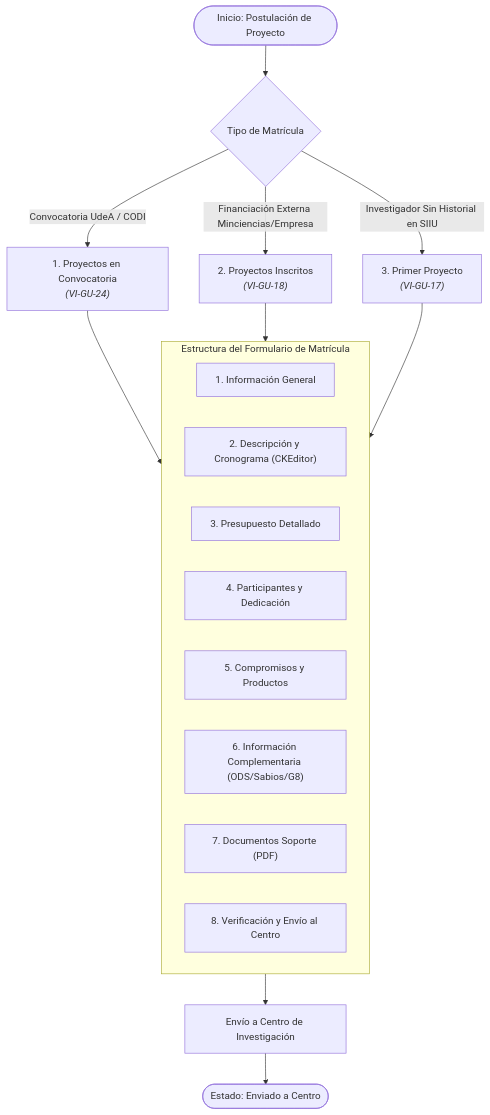
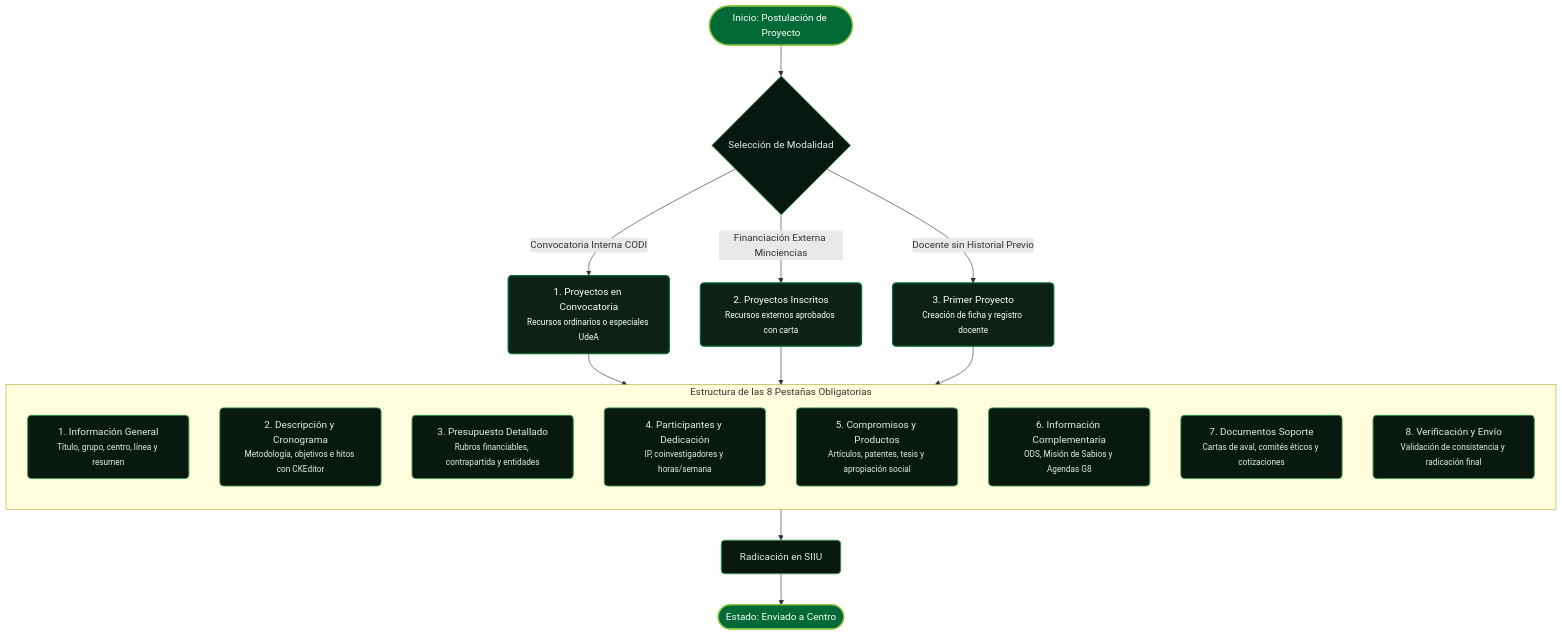
Before and after one commit to Colors-svg/Wiki: the first of 2 diagrams in wiki/02_PROCESOS_CLAVE/Matricula_Proyectos.md, drawn with Mermaid. The commit also changed other lines of this file and 88 other files, not shown here.

````diff
--- a/wiki/02_PROCESOS_CLAVE/Matricula_Proyectos.md
+++ b/wiki/02_PROCESOS_CLAVE/Matricula_Proyectos.md
@@ -5,26 +15,33 @@
 ```mermaid
 flowchart TD
-    START(["Inicio: Postulación de Proyecto"]) --> TIPO{"Tipo de Matrícula"}
+    classDef inicio fill:#026937,stroke:#8DC63F,stroke-width:2px,color:#FFFFFF,rx:8px,ry:8px;
+    classDef decision fill:#081810,stroke:#35944B,stroke-width:1.5px,color:#E1EFE6,rx:6px,ry:6px;
+    classDef tipo fill:#0D2115,stroke:#026937,stroke-width:2px,color:#FFFFFF,rx:6px,ry:6px;
+    classDef pestana fill:#091910,stroke:#35944B,stroke-width:1.5px,color:#E1EFE6,rx:6px,ry:6px;
+    classDef final fill:#026937,stroke:#8DC63F,stroke-width:2px,color:#FFFFFF,rx:8px,ry:8px;
+
+    START(["Inicio: Postulación de Proyecto"]):::inicio --> TIPO{"Selección de Modalidad"}:::decision
     
-    TIPO -->|Convocatoria UdeA / CODI| CONV["1. Proyectos en Convocatoria<br><i>(VI-GU-24)</i>"]
-    TIPO -->|Financiación Externa Minciencias/Empresa| INS["2. Proyectos Inscritos<br><i>(VI-GU-18)</i>"]
-    TIPO -->|Investigador Sin Historial en SIIU| PRIM["3. Primer Proyecto<br><i>(VI-GU-17)</i>"]
+    TIPO -->|Convocatoria Interna CODI| CONV["1. Proyectos en Convocatoria<br><small>Recursos ordinarios o especiales UdeA</small>"]:::tipo
+    TIPO -->|Financiación Externa Minciencias| INS["2. Proyectos Inscritos<br><small>Recursos externos aprobados con carta</small>"]:::tipo
+    TIPO -->|Docente sin Historial Previo| PRIM["3. Primer Proyecto<br><small>Creación de ficha y registro docente</small>"]:::tipo
 
-    CONV --> PESTANAS["Diligenciamiento de 8 Pestañas Obligatorias"]
+    subgraph PESTANAS ["Estructura de las 8 Pestañas Obligatorias"]
+        direction TB
+        P1["1. Información General<br><small>Título, grupo, centro, línea y resumen</small>"]:::pestana
+        P2["2. Descripción y Cronograma<br><small>Metodología, objetivos e hitos con CKEditor</small>"]:::pestana
+        P3["3. Presupuesto Detallado<br><small>Rubros financiables, contrapartida y entidades</small>"]:::pestana
+        P4["4. Participantes y Dedicación<br><small>IP, coinvestigadores y horas/semana</small>"]:::pestana
+        P5["5. Compromisos y Productos<br><small>Artículos, patentes, tesis y apropiación social</small>"]:::pestana
+        P6["6. Información Complementaria<br><small>ODS, Misión de Sabios y Agendas G8</small>"]:::pestana
+        P7["7. Documentos Soporte<br><small>Cartas de aval, comités éticos y cotizaciones</small>"]:::pestana
+        P8["8. Verificación y Envío<br><small>Validación de consistencia y radicación final</small>"]:::pestana
+    end
+
+    CONV --> PESTANAS
     INS --> PESTANAS
     PRIM --> PESTANAS
 
-    subgraph PESTANAS["Estructura del Formulario de Matrícula"]
-        P1["1. Información General"]
-        P2["2. Descripción y Cronograma (CKEditor)"]
-        P3["3. Presupuesto Detallado"]
-        P4["4. Participantes y Dedicación"]
-        P5["5. Compromisos y Productos"]
-        P6["6. Información Complementaria (ODS/Sabios/G8)"]
-        P7["7. Documentos Soporte (PDF)"]
-        P8["8. Verificación y Envío al Centro"]
-    end
-
-    PESTANAS --> ENVIO["Envío a Centro de Investigación"]
-    ENVIO --> FIN(["Estado: Enviado a Centro"])
+    PESTANAS --> ENVIO["Radicación en SIIU"]:::pestana
+    ENVIO --> FIN(["Estado: Enviado a Centro"]):::final
 ```
````
